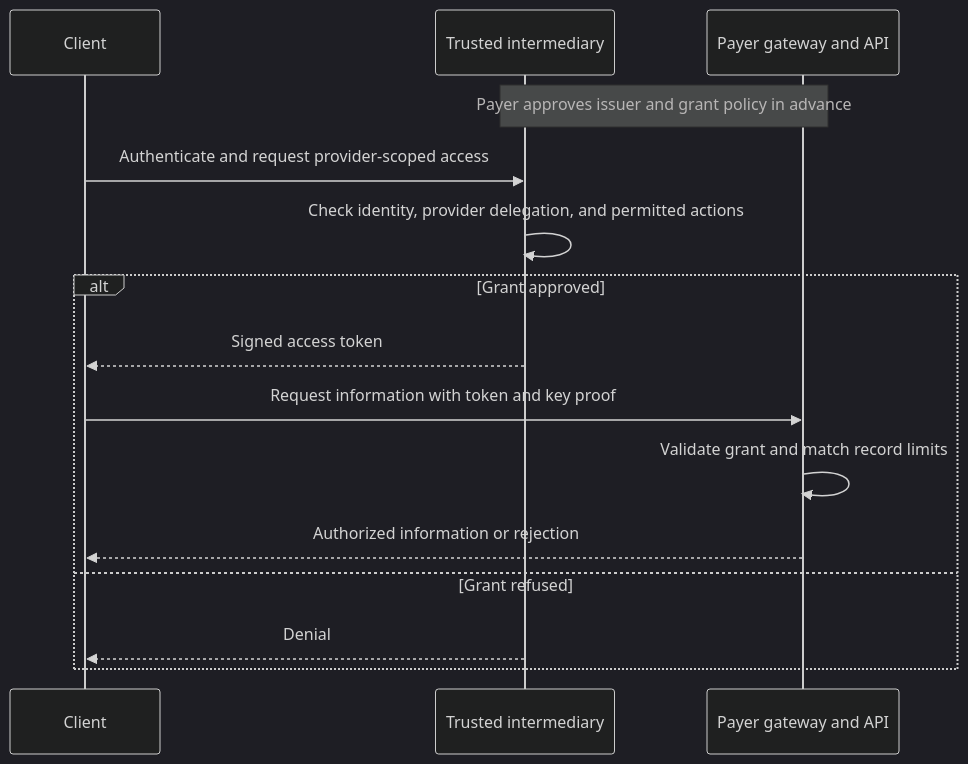
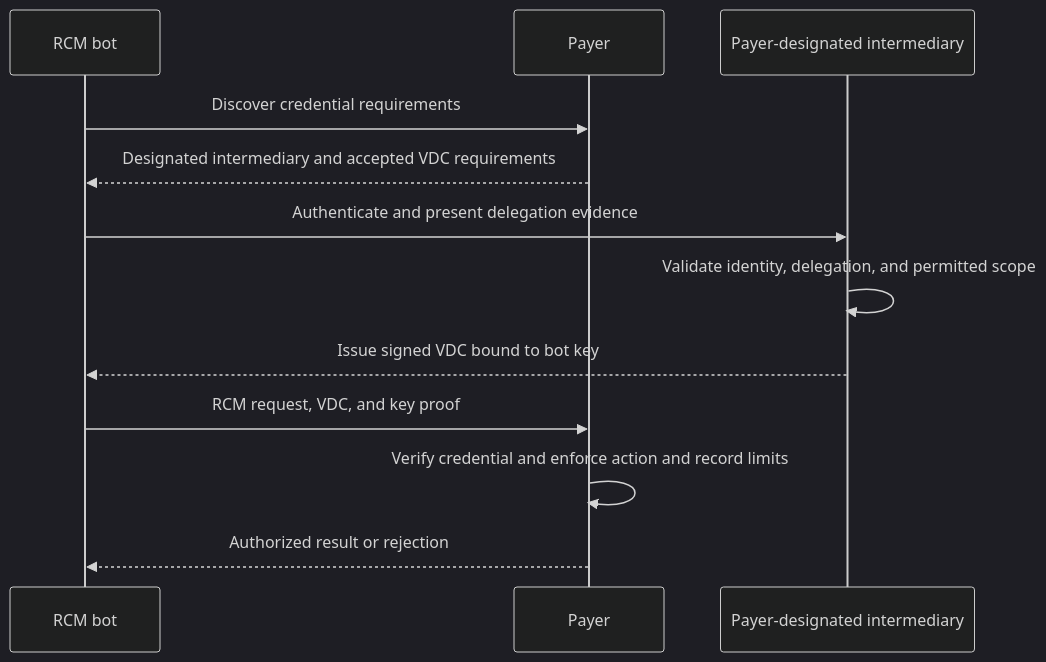
Before and after one commit to Healthcare-Agent-Protocol/healthcare-agent-protocol: the first of 2 diagrams in spec/identity/hap-1.md, drawn with Mermaid (dark theme). The commit also changed other lines of this file and 10 other files, not shown here.

````diff
--- a/spec/identity/hap-1.md
+++ b/spec/identity/hap-1.md
@@ -32,17 +100,14 @@
 ```mermaid
 sequenceDiagram
-    participant C as Client
-    participant I as Trusted intermediary
-    participant P as Payer gateway and API
-    Note over I,P: Payer approves issuer and grant policy in advance
-    C->>I: Authenticate and request provider-scoped access
-    I->>I: Check identity, provider delegation, and permitted actions
-    alt Grant approved
-        I-->>C: Signed access token
-        C->>P: Request information with token and key proof
-        P->>P: Validate grant and match record limits
-        P-->>C: Authorized information or rejection
-    else Grant refused
-        I-->>C: Denial
-    end
+    participant B as RCM bot
+    participant C as Payer
+    participant I as Payer-designated intermediary
+    B->>C: Discover credential requirements
+    C-->>B: Designated intermediary and accepted VDC requirements
+    B->>I: Authenticate and present delegation evidence
+    I->>I: Validate identity, delegation, and permitted scope
+    I-->>B: Issue signed VDC bound to bot key
+    B->>C: RCM request, VDC, and key proof
+    C->>C: Verify credential and enforce action and record limits
+    C-->>B: Authorized result or rejection
 ```
````
